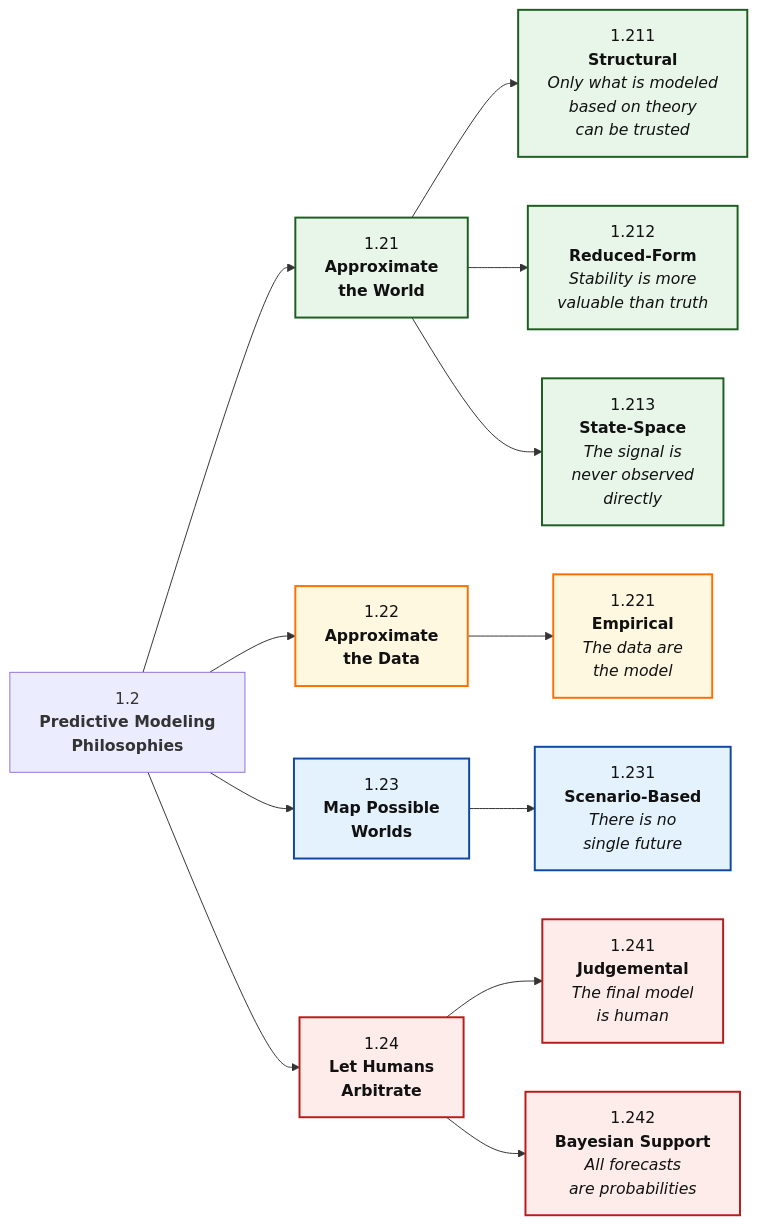
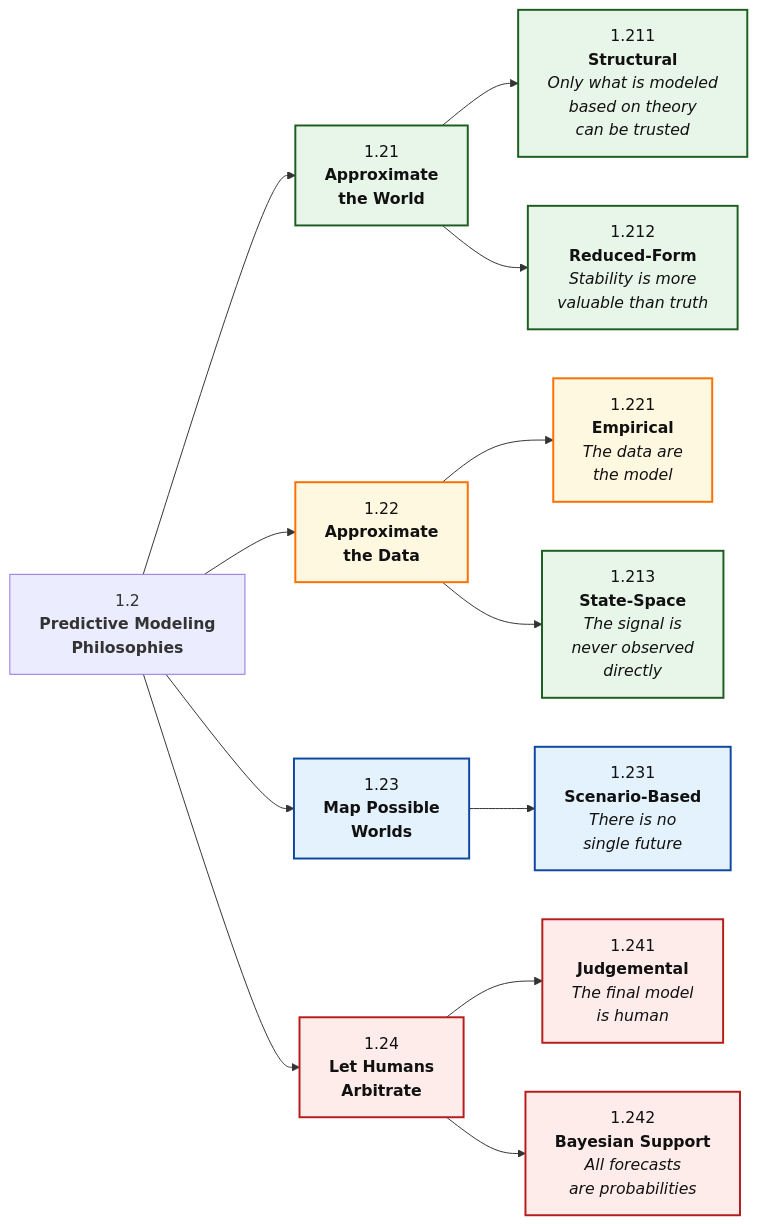
One commit to Tellusant/docs changed the diagram in articles-posts/predictive-modeling-philosophies.md. Above: the diagram before and after it, drawn with Mermaid.

```diff
--- a/articles-posts/predictive-modeling-philosophies.md
+++ b/articles-posts/predictive-modeling-philosophies.md
@@ -12,42 +12,42 @@
 <div class="mermaid">
   
 flowchart LR
 
 %% ========= NODES =========
 P["`1.2<br/>**Predictive Modeling**<br/>**Philosophies**`"]:::none
 
 AW["`1.21<br/>**Approximate<br/>the World**`"]:::strong
 AD["`1.22<br/>**Approximate<br/>the Data**`"]:::mixed
 PW["`1.23<br/>**Map Possible<br/>Worlds**`"]:::neutral
 HA["`1.24<br/>**Let Humans<br/>Arbitrate**`"]:::risk
 
 STR["`1.211<br/>**Structural**<br/>*Only what is modeled<br/>based on theory<br/>can be trusted*`"]:::strong
 RED["`1.212<br/>**Reduced-Form**<br/>*Stability is more<br/>valuable than truth*`"]:::strong
 STA["`1.213<br/>**State-Space**<br/>*The signal is<br/>never observed<br/>directly*`"]:::strong
 EMP["`1.221<br/>**Empirical**<br/>*The data are<br/>the model*`"]:::mixed
 SCE["`1.231<br/>**Scenario-Based**<br/>*There is no<br/>single future*`"]:::neutral
 JUD["`1.241<br/>**Judgemental**<br/>*The final model<br/>is human*`"]:::risk
 BAY["`1.242<br/>**Bayesian Support**<br/>*All forecasts<br/>are probabilities*`"]:::risk
 
 %% ========= RELATIONSHIPS =========
 P --> AW
 P --> AD
 P --> PW
 P --> HA
 AW --> STR
 AW --> RED
-AW --> STA
 AD --> EMP
+AD --> STA
 PW --> SCE
 HA --> JUD
 HA --> BAY
 
 %% ========= STYLES =========
 classDef strong  fill:#E8F5E9,stroke:#1B5E20,stroke-width:2px,color:#111;
 classDef neutral fill:#E3F2FD,stroke:#0D47A1,stroke-width:2px,color:#111;
 classDef mixed   fill:#FFF8E1,stroke:#FF6F00,stroke-width:2px,color:#111;
 classDef risk    fill:#FDECEA,stroke:#B71C1C,stroke-width:2px,color:#111;
 classDef summary fill:#F5F5F5,stroke:#424242,stroke-width:2px,color:#111;
 classDef anchor fill:transparent,stroke:transparent;
 
 </div>
```
